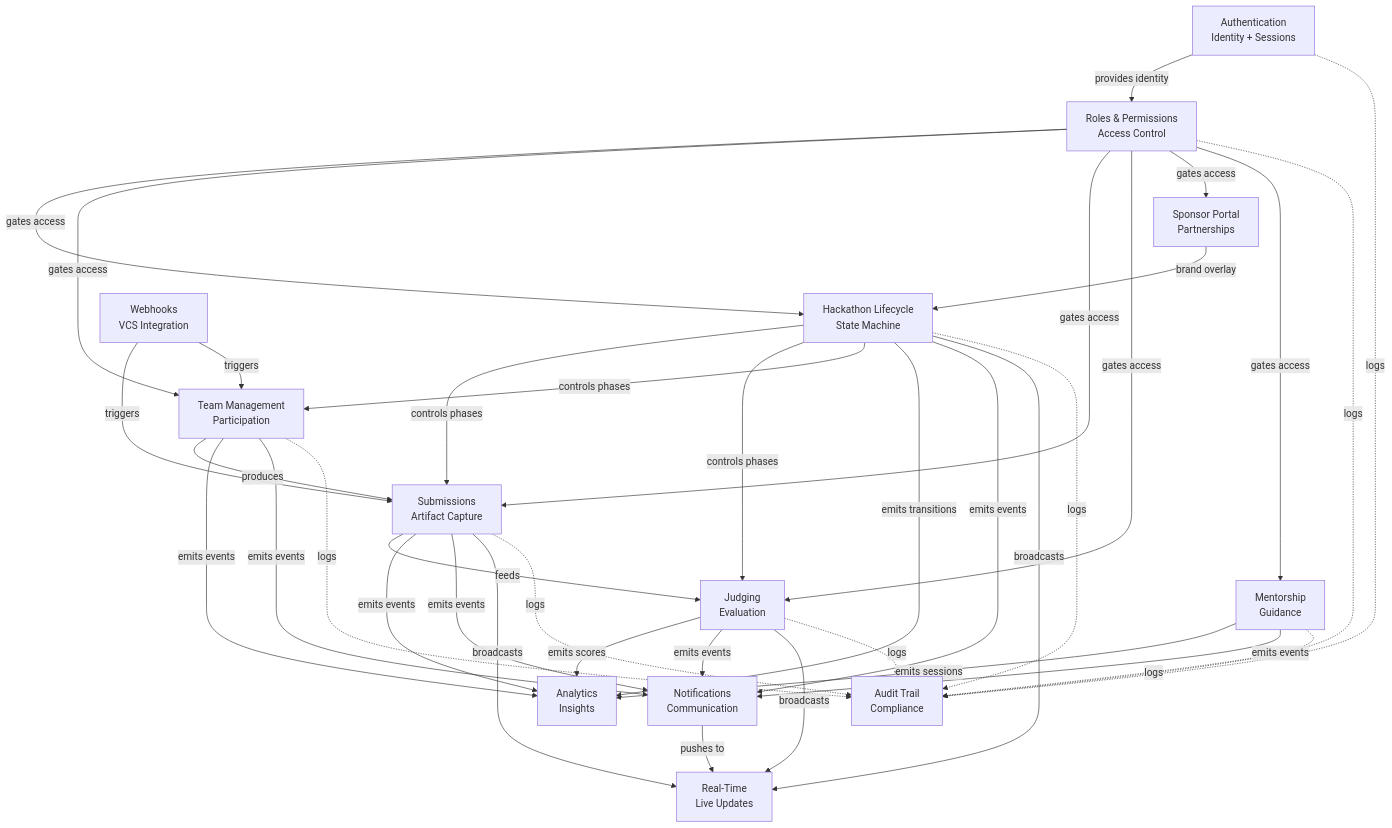
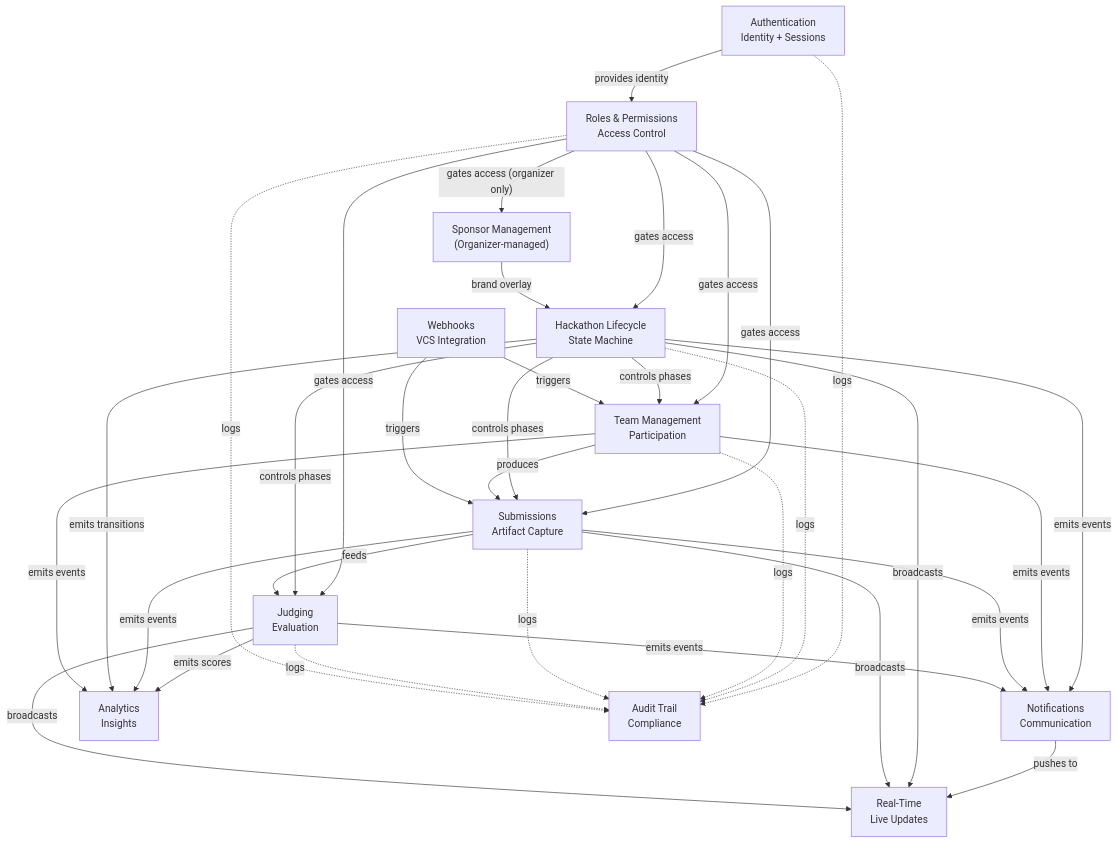
Before and after one commit to devangshupandey2025-stack/DevSage: the fifth of 8 diagrams in docs/v3/planned/00-overview.md, drawn with Mermaid. The commit also changed other lines of this file, not shown here.

First line of the commit message:
docs(overview): simplify platform architecture for Phase 1

````diff
--- a/docs/v3/planned/00-overview.md
+++ b/docs/v3/planned/00-overview.md
@@ -297,60 +296,60 @@
 ```mermaid
 flowchart TD
     AUTH["Authentication<br/>Identity + Sessions"]
     ROLES["Roles & Permissions<br/>Access Control"]
     HACK["Hackathon Lifecycle<br/>State Machine"]
     TEAM["Team Management<br/>Participation"]
     SUB["Submissions<br/>Artifact Capture"]
     JUDGE["Judging<br/>Evaluation"]
     HOOK["Webhooks<br/>VCS Integration"]
     NOTIF["Notifications<br/>Communication"]
     RT["Real-Time<br/>Live Updates"]
-    SPONSOR["Sponsor Portal<br/>Partnerships"]
-    MENTOR["Mentorship<br/>Guidance"]
+    SPONSOR["Sponsor Management<br/>(Organizer-managed)"]
+
     ANALYTICS["Analytics<br/>Insights"]
     AUDIT["Audit Trail<br/>Compliance"]
 
     AUTH -->|"provides identity"| ROLES
     ROLES -->|"gates access"| HACK
     ROLES -->|"gates access"| TEAM
     ROLES -->|"gates access"| SUB
     ROLES -->|"gates access"| JUDGE
-    ROLES -->|"gates access"| SPONSOR
-    ROLES -->|"gates access"| MENTOR
+    ROLES -->|"gates access (organizer only)"| SPONSOR
+
 
     HACK -->|"controls phases"| SUB
     HACK -->|"controls phases"| JUDGE
     HACK -->|"controls phases"| TEAM
 
     TEAM -->|"produces"| SUB
     SUB -->|"feeds"| JUDGE
     HOOK -->|"triggers"| SUB
     HOOK -->|"triggers"| TEAM
 
     JUDGE -->|"emits scores"| ANALYTICS
     SUB -->|"emits events"| ANALYTICS
     HACK -->|"emits transitions"| ANALYTICS
     TEAM -->|"emits events"| ANALYTICS
-    MENTOR -->|"emits sessions"| ANALYTICS
+
 
     HACK -->|"emits events"| NOTIF
     TEAM -->|"emits events"| NOTIF
     SUB -->|"emits events"| NOTIF
     JUDGE -->|"emits events"| NOTIF
-    MENTOR -->|"emits events"| NOTIF
+
 
     NOTIF -->|"pushes to"| RT
     HACK -->|"broadcasts"| RT
     SUB -->|"broadcasts"| RT
     JUDGE -->|"broadcasts"| RT
 
     SPONSOR -->|"brand overlay"| HACK
 
     AUTH -.->|"logs"| AUDIT
     HACK -.->|"logs"| AUDIT
     TEAM -.->|"logs"| AUDIT
     SUB -.->|"logs"| AUDIT
     JUDGE -.->|"logs"| AUDIT
     ROLES -.->|"logs"| AUDIT
-    MENTOR -.->|"logs"| AUDIT
+
 ```
````
